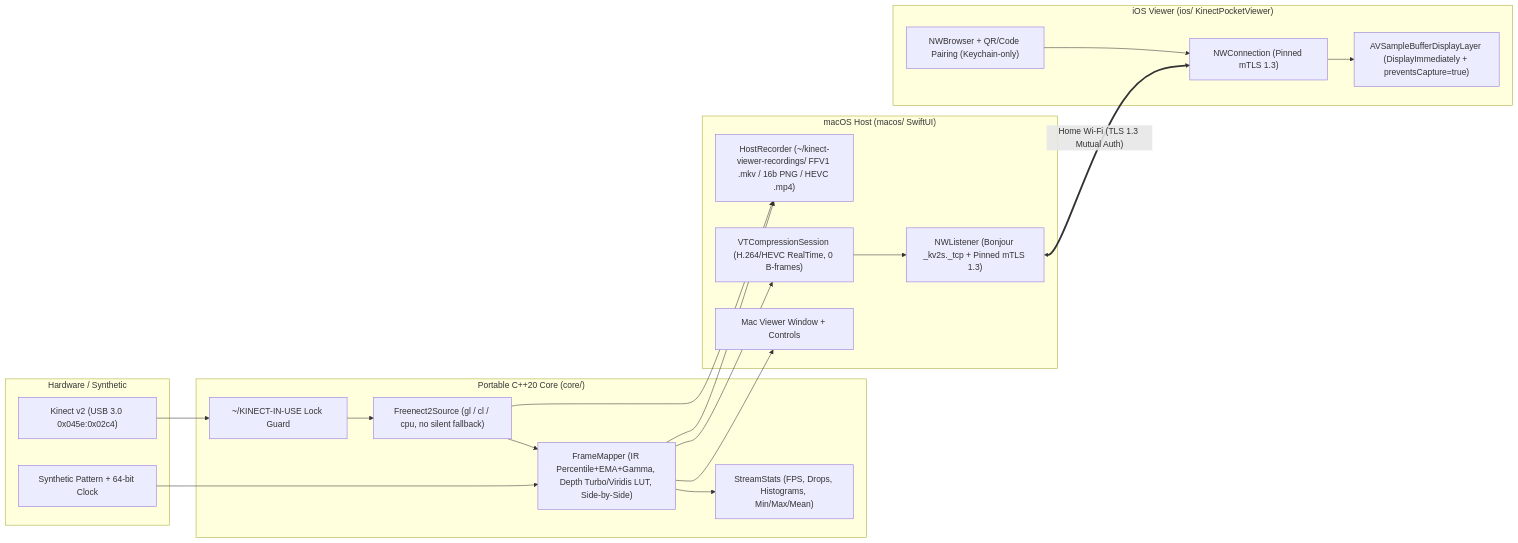
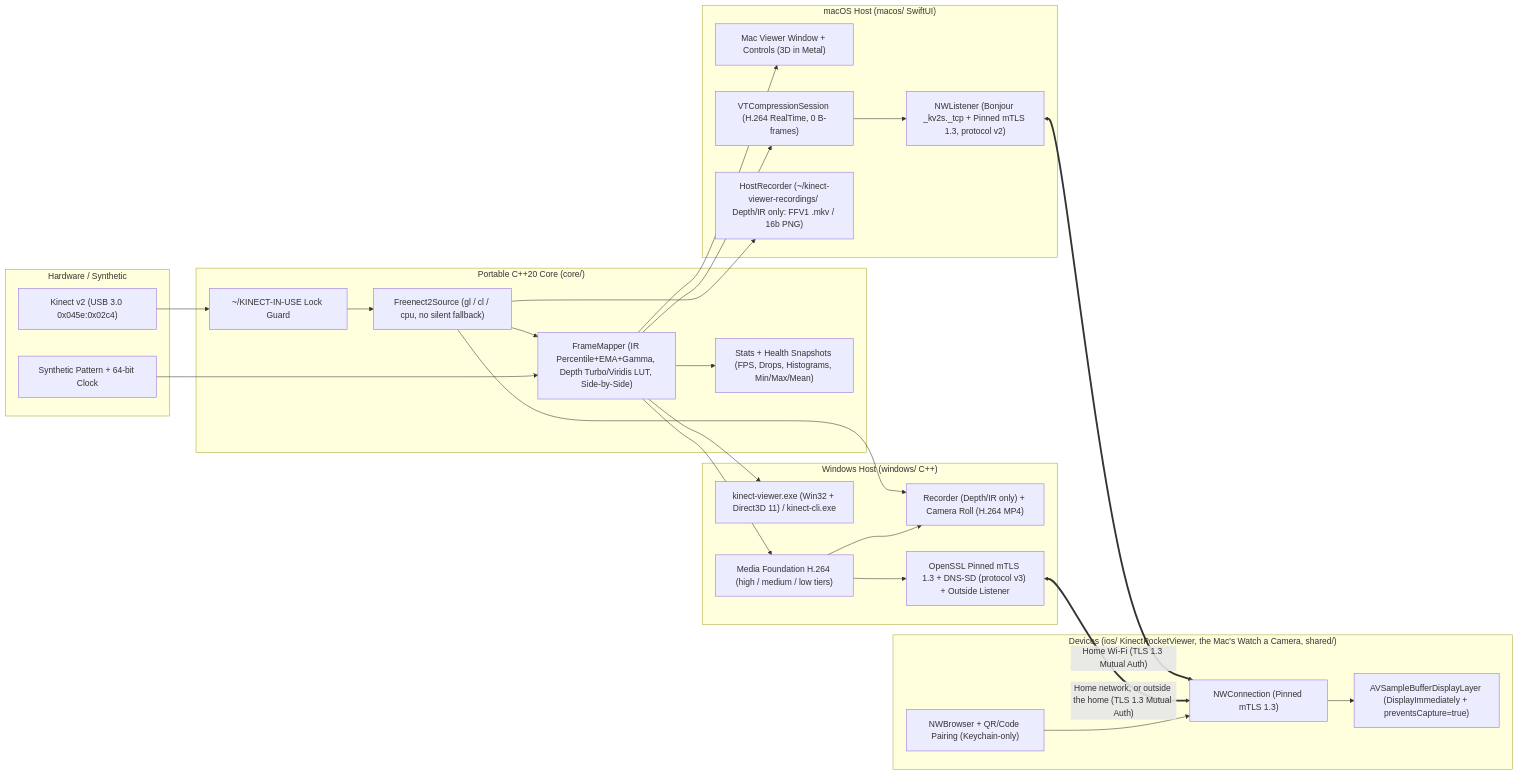
The diagram in docs/design.md (logancarrillo/kinect-viewer-public), drawn with Mermaid before and after one commit. The commit also changed other lines of this file and 125 other files, not shown here.

````diff
--- a/docs/design.md
+++ b/docs/design.md
@@ -5,37 +7,48 @@
 ```mermaid
 flowchart LR
     subgraph Sensor["Hardware / Synthetic"]
         K["Kinect v2 (USB 3.0 0x045e:0x02c4)"]
         S["Synthetic Pattern + 64-bit Clock"]
     end
 
     subgraph Core["Portable C++20 Core (core/)"]
         LK["~/KINECT-IN-USE Lock Guard"]
         FN["Freenect2Source (gl / cl / cpu, no silent fallback)"]
         MP["FrameMapper (IR Percentile+EMA+Gamma, Depth Turbo/Viridis LUT, Side-by-Side)"]
-        ST["StreamStats (FPS, Drops, Histograms, Min/Max/Mean)"]
+        ST["Stats + Health Snapshots (FPS, Drops, Histograms, Min/Max/Mean)"]
     end
 
     subgraph MacHost["macOS Host (macos/ SwiftUI)"]
-        UI["Mac Viewer Window + Controls"]
-        VT["VTCompressionSession (H.264/HEVC RealTime, 0 B-frames)"]
-        REC["HostRecorder (~/kinect-viewer-recordings/ FFV1 .mkv / 16b PNG / HEVC .mp4)"]
-        SRV["NWListener (Bonjour _kv2s._tcp + Pinned mTLS 1.3)"]
+        UI["Mac Viewer Window + Controls (3D in Metal)"]
+        VT["VTCompressionSession (H.264 RealTime, 0 B-frames)"]
+        REC["HostRecorder (~/kinect-viewer-recordings/ Depth/IR only: FFV1 .mkv / 16b PNG)"]
+        SRV["NWListener (Bonjour _kv2s._tcp + Pinned mTLS 1.3, protocol v2)"]
     end
 
-    subgraph Phone["iOS Viewer (ios/ KinectPocketViewer)"]
+    subgraph WinHost["Windows Host (windows/ C++)"]
+        WUI["kinect-viewer.exe (Win32 + Direct3D 11) / kinect-cli.exe"]
+        MF["Media Foundation H.264 (high / medium / low tiers)"]
+        WREC["Recorder (Depth/IR only) + Camera Roll (H.264 MP4)"]
+        WSRV["OpenSSL Pinned mTLS 1.3 + DNS-SD (protocol v3) + Outside Listener"]
+    end
+
+    subgraph Phone["Devices (ios/ KinectPocketViewer, the Mac's Watch a Camera, shared/)"]
         BR["NWBrowser + QR/Code Pairing (Keychain-only)"]
         TLS["NWConnection (Pinned mTLS 1.3)"]
         DL["AVSampleBufferDisplayLayer (DisplayImmediately + preventsCapture=true)"]
     end
 
     K --> LK --> FN --> MP
     S --> MP
     MP --> ST
     MP --> UI
     MP --> VT --> SRV
+    MP --> WUI
+    MP --> MF --> WSRV
     FN --> REC
-    MP --> REC
+    FN --> WREC
+    MF --> WREC
     SRV <==>|"Home Wi-Fi (TLS 1.3 Mutual Auth)"| TLS
+    WSRV <==>|"Home network, or outside the home (TLS 1.3 Mutual Auth)"| TLS
     BR --> TLS --> DL
 ```
````
